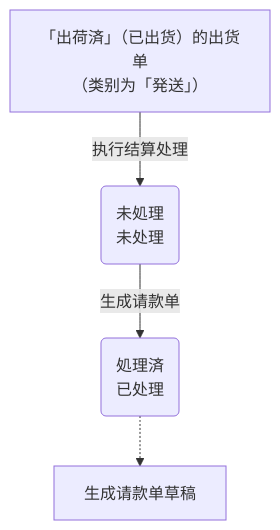
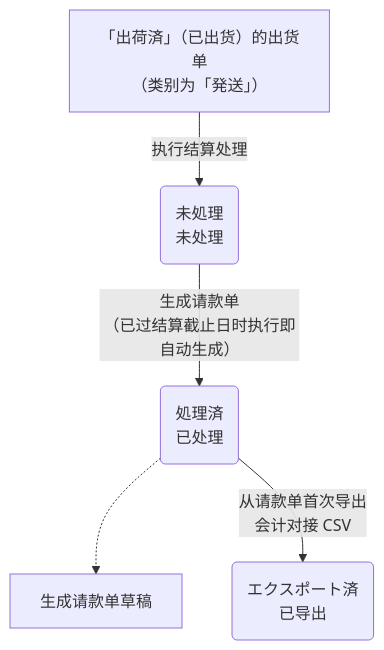
The diagram in coolify/apps/nextjs-web/content/manual/operations/billing/billing-closing/user.zh.md (Kuisin/ckk-tool-v3), drawn with Mermaid before and after one commit. The commit also changed other lines of this file and 137 other files, not shown here.

````diff
--- a/coolify/apps/nextjs-web/content/manual/operations/billing/billing-closing/user.zh.md
+++ b/coolify/apps/nextjs-web/content/manual/operations/billing/billing-closing/user.zh.md
@@ -22,6 +23,7 @@
 ```mermaid
 flowchart TD
   ship["「出荷済」（已出货）的出货单<br/>（类别为「発送」）"] -->|"执行结算处理"| pend("未処理<br/>未处理"):::gray
-  pend -->|"生成请款单"| proc("処理済<br/>已处理"):::blue
+  pend -->|"生成请款单<br/>（已过结算截止日时执行即自动生成）"| proc("処理済<br/>已处理"):::blue
   proc -.-> inv["生成请款单草稿"]
+  proc -->|"从请款单首次导出<br/>会计对接 CSV"| exp("エクスポート済<br/>已导出"):::green
 ```
````
